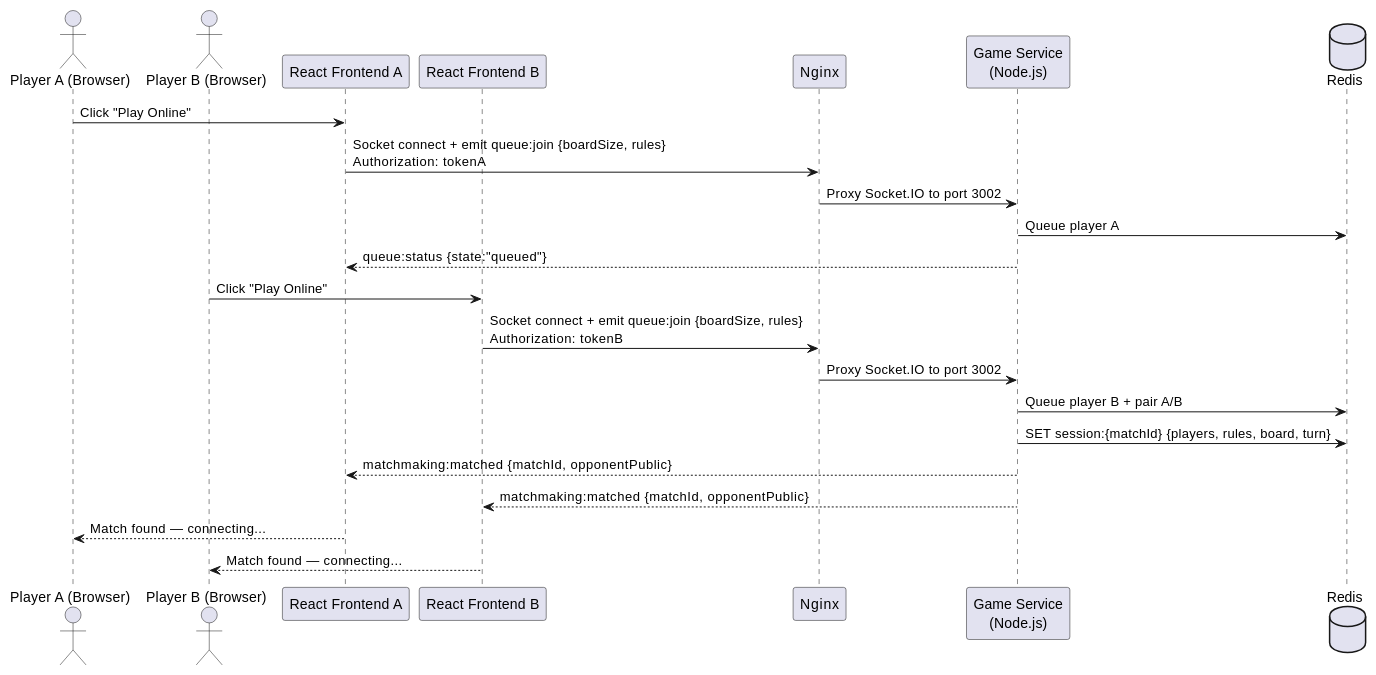
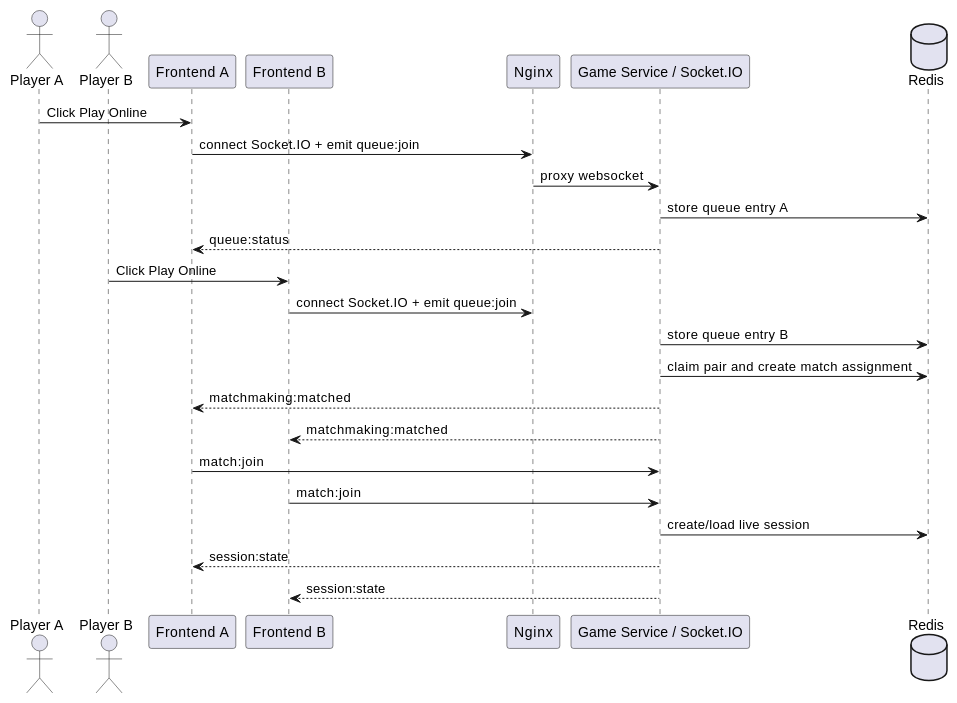
Before and after one commit to Arquisoft/yovi_es1c: the sixth of 8 diagrams in docs/src/06_runtime_view.adoc, drawn with PlantUML. The commit also changed other lines of this file and 10 other files, not shown here.

```diff
--- a/docs/src/06_runtime_view.adoc
+++ b/docs/src/06_runtime_view.adoc
@@ -272,27 +161,29 @@
-[plantuml, "runtime-matchmaking", png]
+[plantuml, runtime-matchmaking, png]
 ----
-actor "Player A (Browser)" as PlayerA
-actor "Player B (Browser)" as PlayerB
-participant "React Frontend A" as FrontendA
-participant "React Frontend B" as FrontendB
+actor "Player A" as PlayerA
+actor "Player B" as PlayerB
+participant "Frontend A" as FrontendA
+participant "Frontend B" as FrontendB
 participant "Nginx" as Nginx
-participant "Game Service\n(Node.js)" as GameService
+participant "Game Service / Socket.IO" as GameService
 database "Redis" as Redis
 
-PlayerA -> FrontendA: Click "Play Online"
-FrontendA -> Nginx: Socket connect + emit queue:join {boardSize, rules}\nAuthorization: tokenA
-Nginx -> GameService: Proxy Socket.IO to port 3002
-GameService -> Redis: Queue player A
-GameService --> FrontendA: queue:status {state:"queued"}
+PlayerA -> FrontendA: Click Play Online
+FrontendA -> Nginx: connect Socket.IO + emit queue:join
+Nginx -> GameService: proxy websocket
+GameService -> Redis: store queue entry A
+GameService --> FrontendA: queue:status
 
-PlayerB -> FrontendB: Click "Play Online"
-FrontendB -> Nginx: Socket connect + emit queue:join {boardSize, rules}\nAuthorization: tokenB
-Nginx -> GameService: Proxy Socket.IO to port 3002
-GameService -> Redis: Queue player B + pair A/B
-GameService -> Redis: SET session:{matchId} {players, rules, board, turn}
-GameService --> FrontendA: matchmaking:matched {matchId, opponentPublic}
-GameService --> FrontendB: matchmaking:matched {matchId, opponentPublic}
+PlayerB -> FrontendB: Click Play Online
+FrontendB -> Nginx: connect Socket.IO + emit queue:join
+GameService -> Redis: store queue entry B
+GameService -> Redis: claim pair and create match assignment
+GameService --> FrontendA: matchmaking:matched
+GameService --> FrontendB: matchmaking:matched
 
-FrontendA --> PlayerA: Match found — connecting...
-FrontendB --> PlayerB: Match found — connecting...
+FrontendA -> GameService: match:join
+FrontendB -> GameService: match:join
+GameService -> Redis: create/load live session
+GameService --> FrontendA: session:state
+GameService --> FrontendB: session:state
 ----
```
